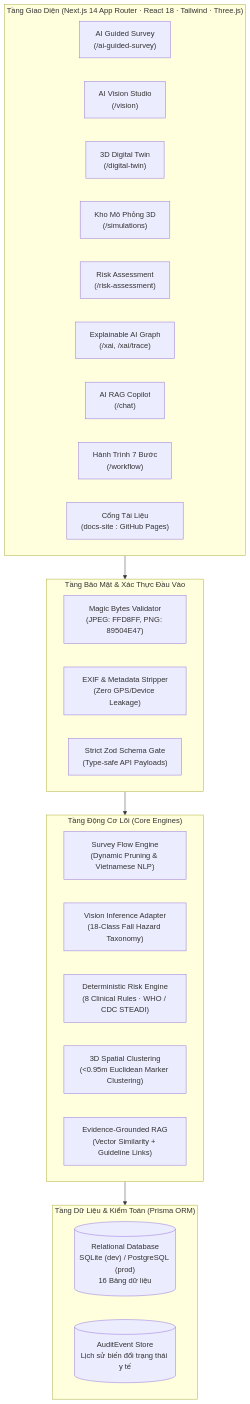
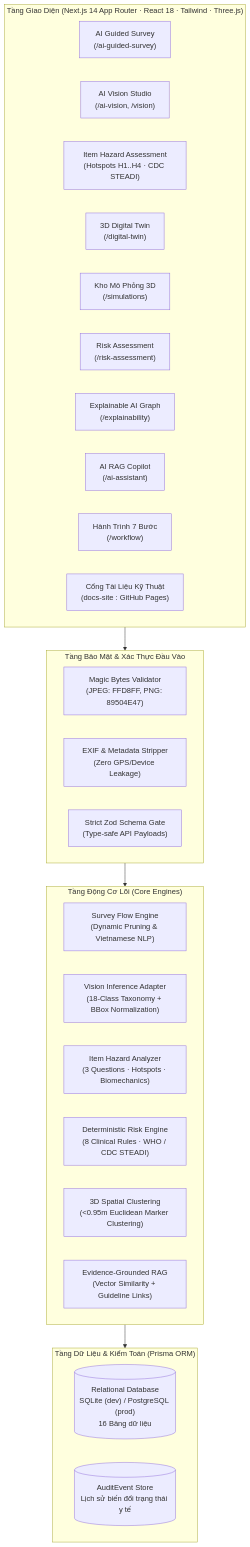
The diagram in README.md (NguyenTriBaoThang/SafeHome3DAI), drawn with Mermaid before and after one commit. The commit also changed other lines of this file and 12 other files, not shown here.

Commit message:
docs: update architecture documentation and add documentation site pages

````diff
--- a/README.md
+++ b/README.md
@@ -141,37 +162,39 @@
 ```mermaid
 flowchart TB
     subgraph Client["Tầng Giao Diện (Next.js 14 App Router · React 18 · Tailwind · Three.js)"]
         UI_Survey["AI Guided Survey\n(/ai-guided-survey)"]
-        UI_Vision["AI Vision Studio\n(/vision)"]
+        UI_Vision["AI Vision Studio\n(/ai-vision, /vision)"]
+        UI_ItemModal["Item Hazard Assessment\n(Hotspots H1..H4 · CDC STEADI)"]
         UI_3D["3D Digital Twin\n(/digital-twin)"]
         UI_Sim["Kho Mô Phỏng 3D\n(/simulations)"]
         UI_Risk["Risk Assessment\n(/risk-assessment)"]
-        UI_XAI["Explainable AI Graph\n(/xai, /xai/trace)"]
-        UI_RAG["AI RAG Copilot\n(/chat)"]
+        UI_XAI["Explainable AI Graph\n(/explainability)"]
+        UI_RAG["AI RAG Copilot\n(/ai-assistant)"]
         UI_Workflow["Hành Trình 7 Bước\n(/workflow)"]
-        UI_Docs["Cổng Tài Liệu\n(docs-site : GitHub Pages)"]
+        UI_Docs["Cổng Tài Liệu Kỹ Thuật\n(docs-site : GitHub Pages)"]
     end
 
     subgraph Security["Tầng Bảo Mật & Xác Thực Đầu Vào"]
         MagicBytes["Magic Bytes Validator\n(JPEG: FFD8FF, PNG: 89504E47)"]
         ExifStrip["EXIF & Metadata Stripper\n(Zero GPS/Device Leakage)"]
         ZodGate["Strict Zod Schema Gate\n(Type-safe API Payloads)"]
     end
 
     subgraph CoreEngines["Tầng Động Cơ Lõi (Core Engines)"]
         SurveyEngine["Survey Flow Engine\n(Dynamic Pruning & Vietnamese NLP)"]
-        VisionEngine["Vision Inference Adapter\n(18-Class Fall Hazard Taxonomy)"]
+        VisionEngine["Vision Inference Adapter\n(18-Class Taxonomy + BBox Normalization)"]
+        ItemHazardEngine["Item Hazard Analyzer\n(3 Questions · Hotspots · Biomechanics)"]
         RiskEngine["Deterministic Risk Engine\n(8 Clinical Rules · WHO / CDC STEADI)"]
         TwinClustering["3D Spatial Clustering\n(<0.95m Euclidean Marker Clustering)"]
         RAGEngine["Evidence-Grounded RAG\n(Vector Similarity + Guideline Links)"]
     end
 
     subgraph Persistence["Tầng Dữ Liệu & Kiểm Toán (Prisma ORM)"]
         DB[("Relational Database\nSQLite (dev) / PostgreSQL (prod)\n16 Bảng dữ liệu")]
         AuditLog[("AuditEvent Store\nLịch sử biến đổi trạng thái y tế")]
     end
 
     Client --> Security
     Security --> CoreEngines
     CoreEngines --> Persistence
 ```
````
